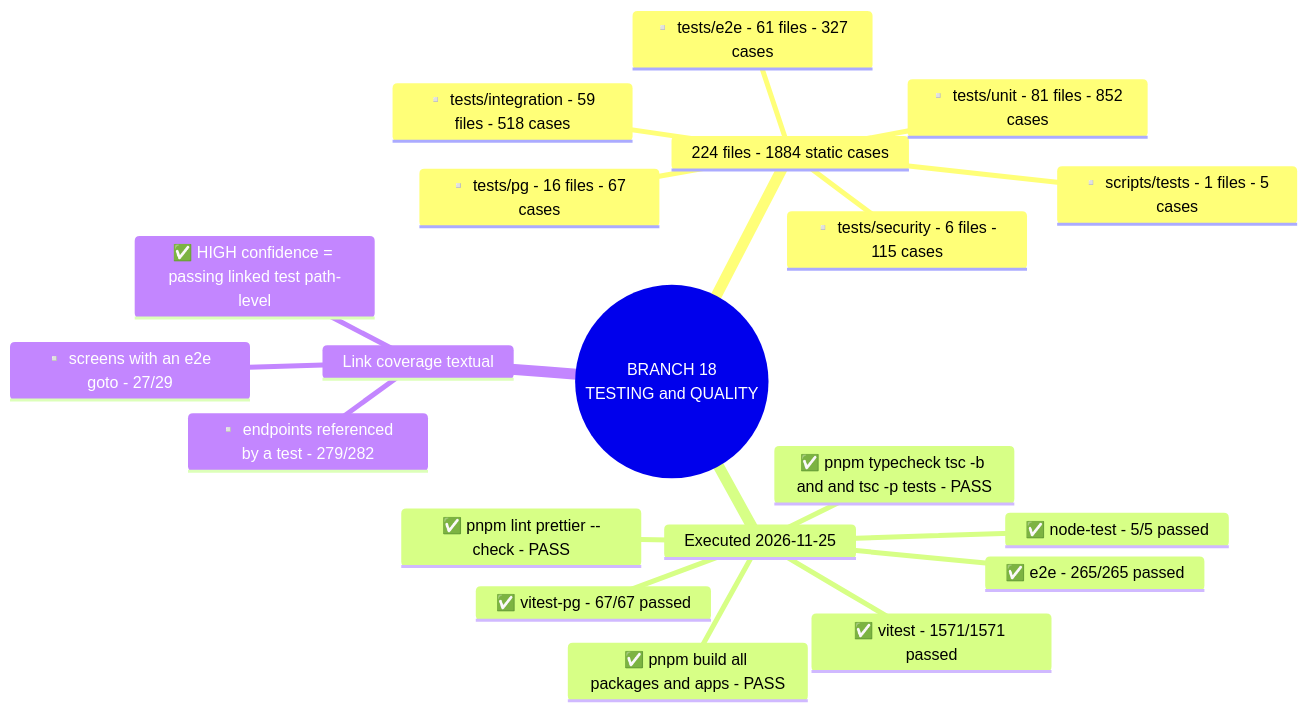
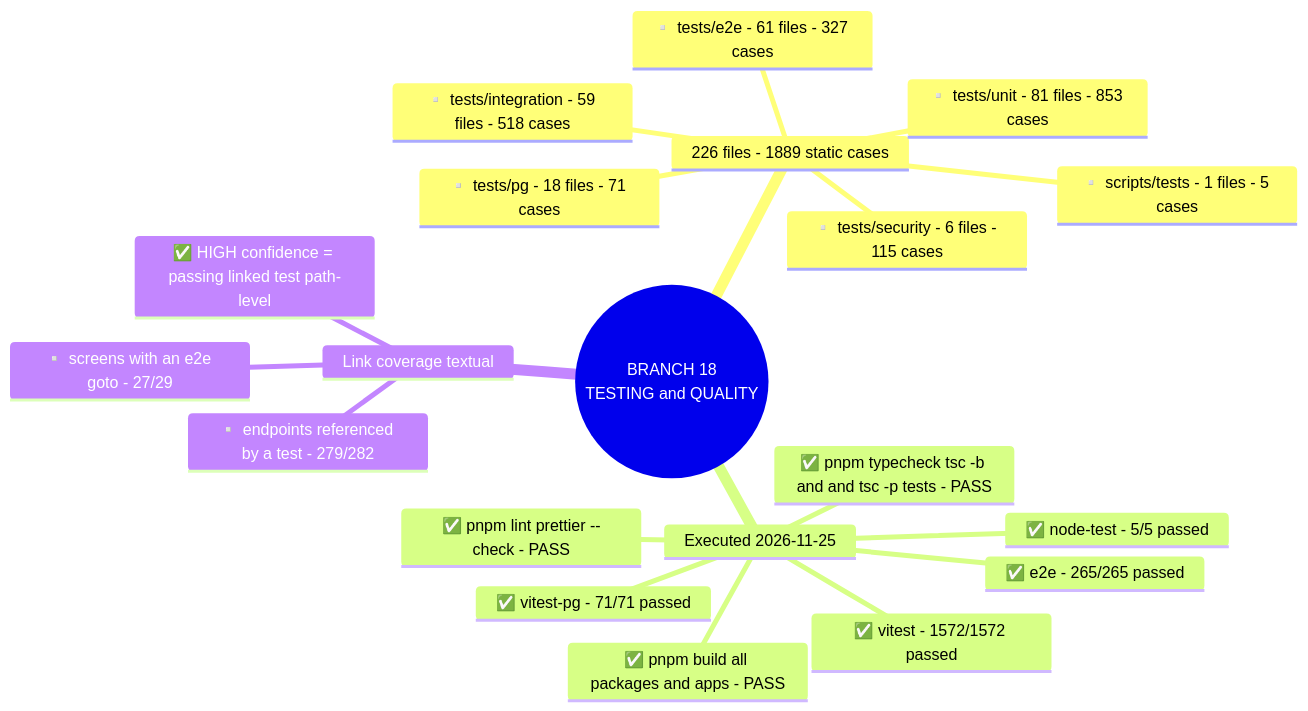
Diagram 20 of 22 in project-mindmap/master/MASTER_PROJECT_DIAGRAMS.md (yhsomani/talentsphere-complete), drawn with Mermaid before and after one commit. The commit also changed other lines of this file and 171 other files, not shown here.

First line of the commit message:
docs(mindmap): feature catalog to nano level and graph views

````diff
--- a/project-mindmap/master/MASTER_PROJECT_DIAGRAMS.md
+++ b/project-mindmap/master/MASTER_PROJECT_DIAGRAMS.md
@@ -550,23 +550,23 @@
 ```mermaid
 mindmap
   root(("BRANCH 18<br/>TESTING and QUALITY"))
-    224 files - 1884 static cases
+    226 files - 1889 static cases
       ▫️ scripts/tests - 1 files - 5 cases
       ▫️ tests/e2e - 61 files - 327 cases
       ▫️ tests/integration - 59 files - 518 cases
-      ▫️ tests/pg - 16 files - 67 cases
+      ▫️ tests/pg - 18 files - 71 cases
       ▫️ tests/security - 6 files - 115 cases
-      ▫️ tests/unit - 81 files - 852 cases
+      ▫️ tests/unit - 81 files - 853 cases
     Executed 2026-11-25
-      ✅ vitest - 1571/1571 passed
-      ✅ vitest-pg - 67/67 passed
+      ✅ vitest - 1572/1572 passed
+      ✅ vitest-pg - 71/71 passed
       ✅ e2e - 265/265 passed
       ✅ node-test - 5/5 passed
       ✅ pnpm build all packages and apps - PASS
       ✅ pnpm typecheck tsc -b and and tsc -p tests - PASS
       ✅ pnpm lint prettier --check - PASS
     Link coverage textual
       ▫️ endpoints referenced by a test - 279/282
       ▫️ screens with an e2e goto - 27/29
       ✅ HIGH confidence = passing linked test path-level
 ```
````
